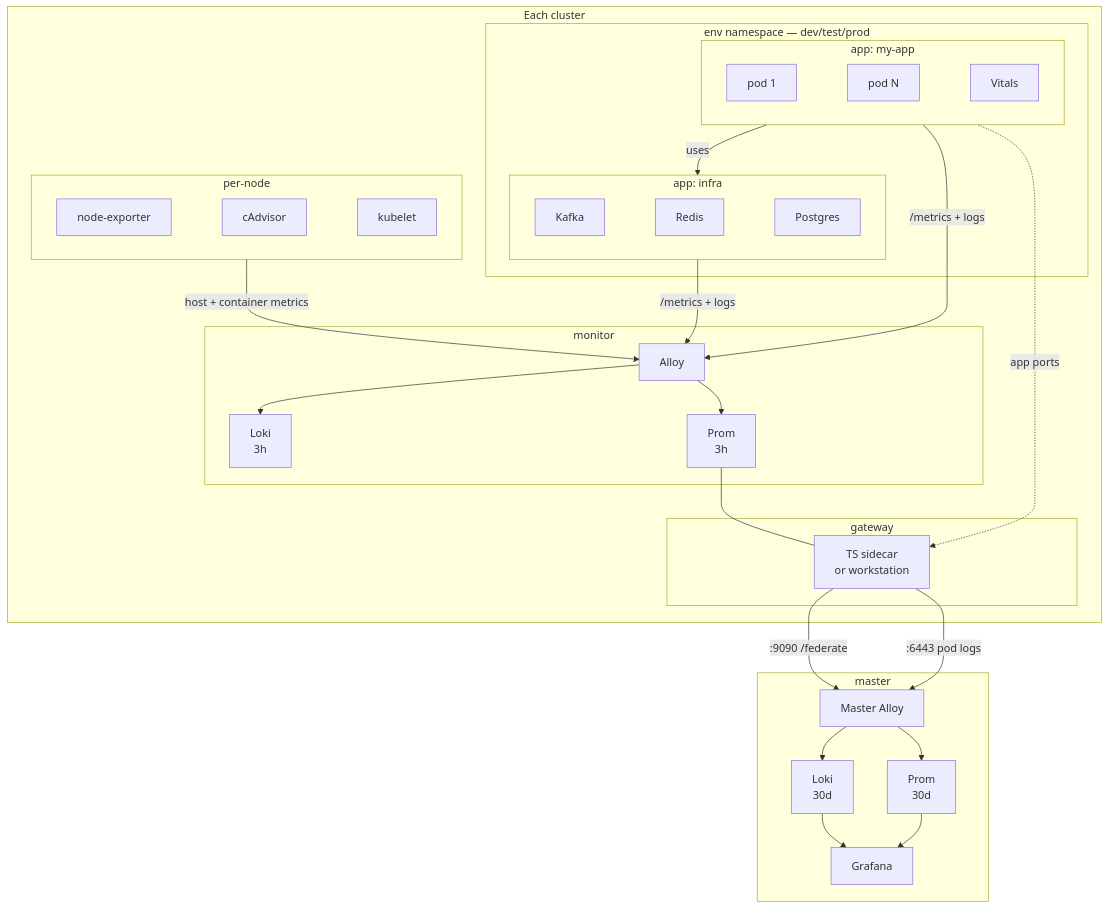
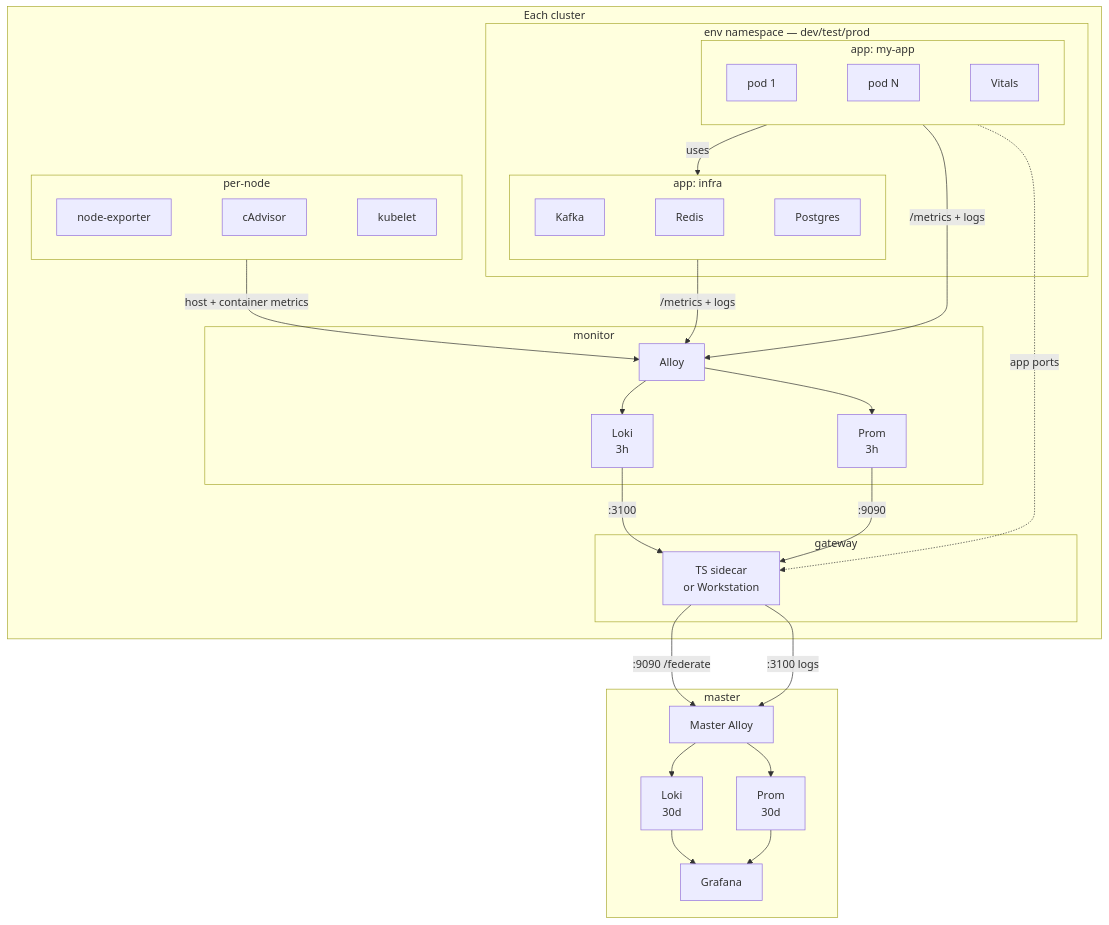
One commit to Kord96/kordinate changed the fourth of 4 diagrams in docs/infrastructure.md. Above: the diagram before and after it, drawn with Mermaid. The commit also changed other lines of this file, not shown here.

Commit message:
docs: show Prom :9090 and Loki :3100 ports on gateway links [scribe]
Both Prom and Loki connect to gateway with their forwarded ports.
Gateway→master arrows show :9090 /federate and :3100 logs.
Fixed Workstation capitalization. Updated federation text.

````diff
--- a/docs/infrastructure.md
+++ b/docs/infrastructure.md
@@ -97,48 +97,49 @@
 ```mermaid
 flowchart TB
     subgraph cluster[Each cluster]
         subgraph env[env namespace — dev/test/prod]
             subgraph myapp["app: my-app"]
                 P1[pod 1]
                 PN[pod N]
                 VIT[Vitals]
                 P1 ~~~ PN ~~~ VIT
             end
             subgraph infra["app: infra"]
                 KF[Kafka]
                 RD[Redis]
                 PG[Postgres]
                 KF ~~~ RD ~~~ PG
             end
         end
 
         subgraph nodes[per-node]
             NE[node-exporter]
             CA[cAdvisor]
             KL[kubelet]
             NE ~~~ CA ~~~ KL
         end
 
         subgraph mon[monitor]
             AL[Alloy] --> LK[Loki<br/>3h] & PR[Prom<br/>3h]
         end
 
         subgraph gw[gateway]
-            GWT[TS sidecar<br/>or workstation]
+            GWT[TS sidecar<br/>or Workstation]
         end
 
         myapp -->|uses| infra
         myapp & infra -->|/metrics + logs| AL
         nodes -->|host + container metrics| AL
-        PR --- GWT
+        PR -->|:9090| GWT
+        LK -->|:3100| GWT
         myapp -.->|app ports| GWT
     end
 
     GWT -->|:9090 /federate| MA
-    GWT -->|:6443 pod logs| MA
+    GWT -->|:3100 logs| MA
 
     subgraph master[master]
         MA[Master Alloy] --> ML[Loki<br/>30d] & MP[Prom<br/>30d]
         MP & ML --> G[Grafana]
     end
 ```
````
